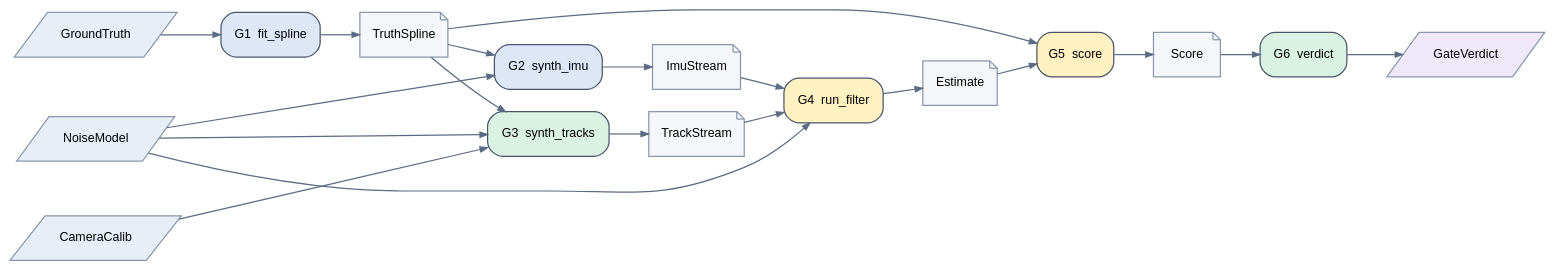
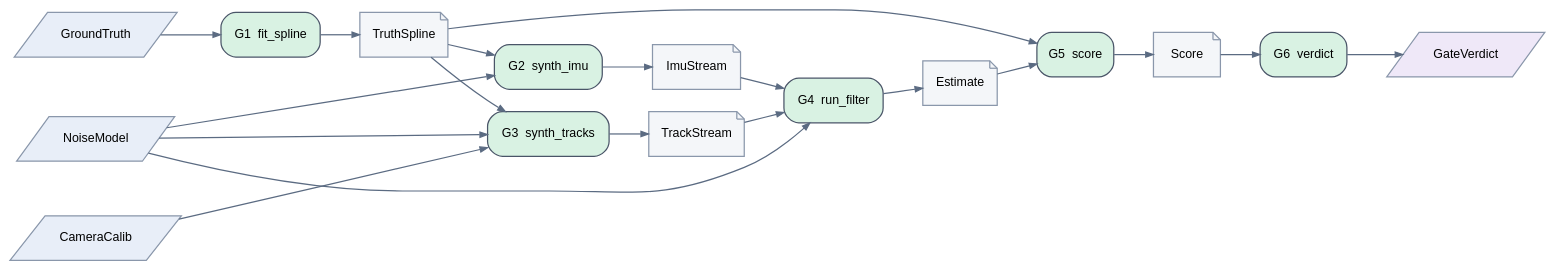
One commit to branes-ai/cortex changed the diagram in docs/assessments/figures/methodology/euroc-consistency-gate.dot. Above: the diagram before and after it, drawn with Graphviz. The commit also changed 10 other files, not shown here.

```diff
--- a/docs/assessments/figures/methodology/euroc-consistency-gate.dot
+++ b/docs/assessments/figures/methodology/euroc-consistency-gate.dot
@@ -1,40 +1,40 @@
 // Generated by tools/pipeline_graph/pipeline_graph.py from the euroc-consistency-gate spec. Do not edit.
 digraph "euroc-consistency-gate" {
   graph [rankdir=LR, fontname="Helvetica", fontsize=11, bgcolor="transparent", nodesep=0.25, ranksep=0.45];
   node [fontname="Helvetica", fontsize=10];
   edge [color="#5b6b82", arrowsize=0.6];
   "e:GroundTruth" [label="GroundTruth", shape=parallelogram, style=filled, fillcolor="#e8eef8", color="#8a97ab"];
   "e:NoiseModel" [label="NoiseModel", shape=parallelogram, style=filled, fillcolor="#e8eef8", color="#8a97ab"];
   "e:CameraCalib" [label="CameraCalib", shape=parallelogram, style=filled, fillcolor="#e8eef8", color="#8a97ab"];
   "e:TruthSpline" [label="TruthSpline", shape=note, style=filled, fillcolor="#f4f6f9", color="#8a97ab"];
   "e:ImuStream" [label="ImuStream", shape=note, style=filled, fillcolor="#f4f6f9", color="#8a97ab"];
   "e:TrackStream" [label="TrackStream", shape=note, style=filled, fillcolor="#f4f6f9", color="#8a97ab"];
   "e:Estimate" [label="Estimate", shape=note, style=filled, fillcolor="#f4f6f9", color="#8a97ab"];
   "e:Score" [label="Score", shape=note, style=filled, fillcolor="#f4f6f9", color="#8a97ab"];
   "e:GateVerdict" [label="GateVerdict", shape=parallelogram, style=filled, fillcolor="#efe8f8", color="#8a97ab"];
-  "n:fit_spline" [label="G1  fit_spline", shape=box, style="filled,rounded", fillcolor="#dde7f7", color="#4a5568"];
-  "n:synth_imu" [label="G2  synth_imu", shape=box, style="filled,rounded", fillcolor="#dde7f7", color="#4a5568"];
+  "n:fit_spline" [label="G1  fit_spline", shape=box, style="filled,rounded", fillcolor="#d9f2e3", color="#4a5568"];
+  "n:synth_imu" [label="G2  synth_imu", shape=box, style="filled,rounded", fillcolor="#d9f2e3", color="#4a5568"];
   "n:synth_tracks" [label="G3  synth_tracks", shape=box, style="filled,rounded", fillcolor="#d9f2e3", color="#4a5568"];
-  "n:run_filter" [label="G4  run_filter", shape=box, style="filled,rounded", fillcolor="#fff1c2", color="#4a5568"];
-  "n:score" [label="G5  score", shape=box, style="filled,rounded", fillcolor="#fff1c2", color="#4a5568"];
+  "n:run_filter" [label="G4  run_filter", shape=box, style="filled,rounded", fillcolor="#d9f2e3", color="#4a5568"];
+  "n:score" [label="G5  score", shape=box, style="filled,rounded", fillcolor="#d9f2e3", color="#4a5568"];
   "n:verdict" [label="G6  verdict", shape=box, style="filled,rounded", fillcolor="#d9f2e3", color="#4a5568"];
   "e:GroundTruth" -> "n:fit_spline";
   "n:fit_spline" -> "e:TruthSpline";
   "e:TruthSpline" -> "n:synth_imu";
   "e:NoiseModel" -> "n:synth_imu";
   "n:synth_imu" -> "e:ImuStream";
   "e:TruthSpline" -> "n:synth_tracks";
   "e:CameraCalib" -> "n:synth_tracks";
   "e:NoiseModel" -> "n:synth_tracks";
   "n:synth_tracks" -> "e:TrackStream";
   "e:ImuStream" -> "n:run_filter";
   "e:TrackStream" -> "n:run_filter";
   "e:NoiseModel" -> "n:run_filter";
   "n:run_filter" -> "e:Estimate";
   "e:Estimate" -> "n:score";
   "e:TruthSpline" -> "n:score";
   "n:score" -> "e:Score";
   "e:Score" -> "n:verdict";
   "n:verdict" -> "e:GateVerdict";
   { rank=source; "e:GroundTruth" "e:NoiseModel" "e:CameraCalib" }
 }
```
